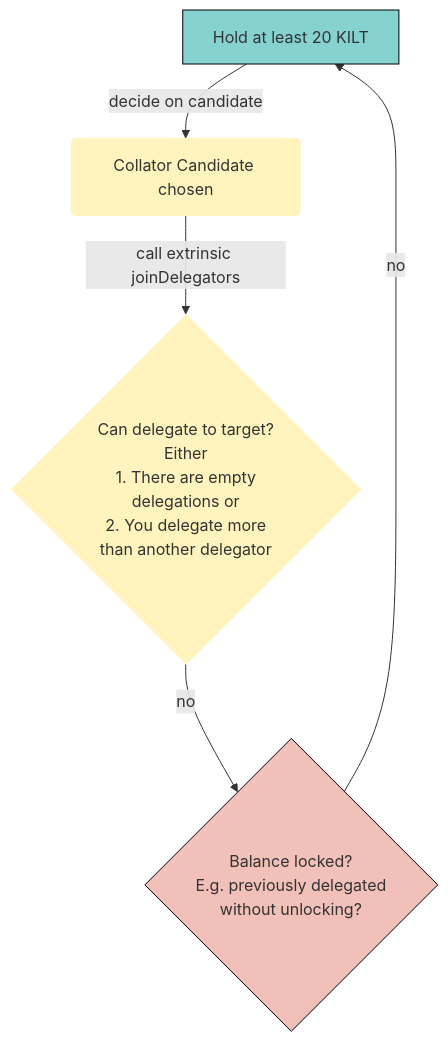
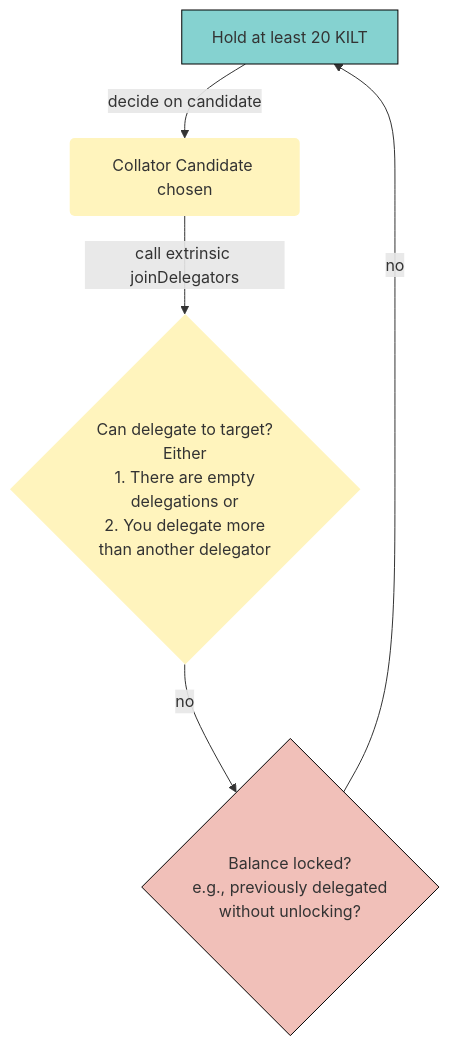
One commit to KILTprotocol/docs changed the second of 2 diagrams in docs/participate/01_Staking/03_Delegate/02_become.md. Above: the diagram before and after it, drawn with Mermaid. The commit also changed other lines of this file and 25 other files, not shown here.

````diff
--- a/docs/participate/01_Staking/03_Delegate/02_become.md
+++ b/docs/participate/01_Staking/03_Delegate/02_become.md
@@ -75,18 +75,18 @@
 ```mermaid
 flowchart TD
    A["Hold at least 20 KILT"] --> |"decide on candidate"| B("Collator Candidate chosen");
    B --> |"call extrinsic joinDelegators"| C{"Can delegate to target? \n Either \n 1. There are empty \n delegations or \n 2. You delegate more \n than another delegator"};
-   C --> |no| C2{"Balance locked?\n E.g. previously delegated \n without unlocking?"}
+   C --> |no| C2{"Balance locked?\n e.g., previously delegated \n without unlocking?"}
    C2 --> |no| A
 
     %% Styles
     A:::unstakedFreeKilt
     B:::preDelegationCheck
     C:::preDelegationCheck
     C2:::notDelegating
     
     %% StyleDef
     classDef preDelegationCheck fill:#FFF4BD,stroke:none;
     classDef notDelegating fill:#F1C0B9, stroke:black, stroke-width:1px;
     classDef unstakedFreeKilt fill:#85D2D0,stroke:black, stroke-width:1px
 ```
````
